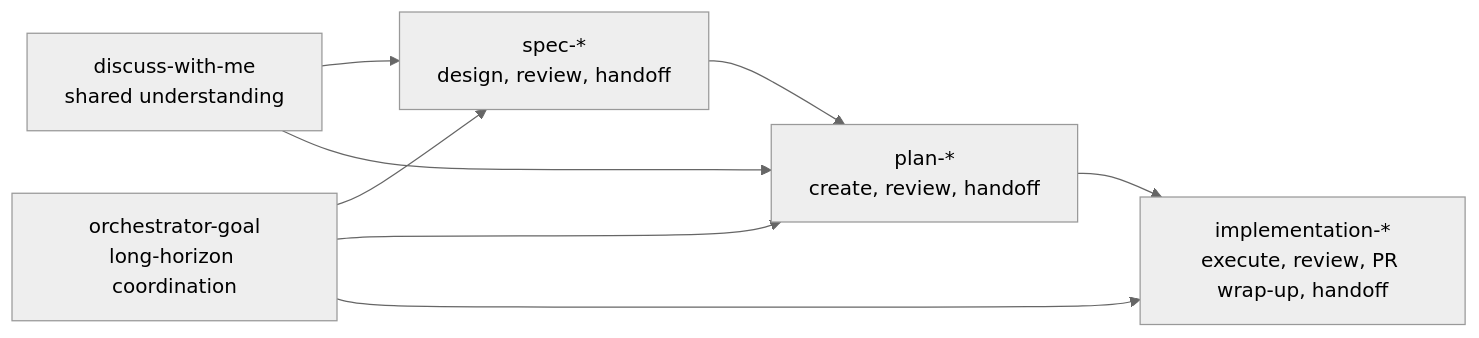
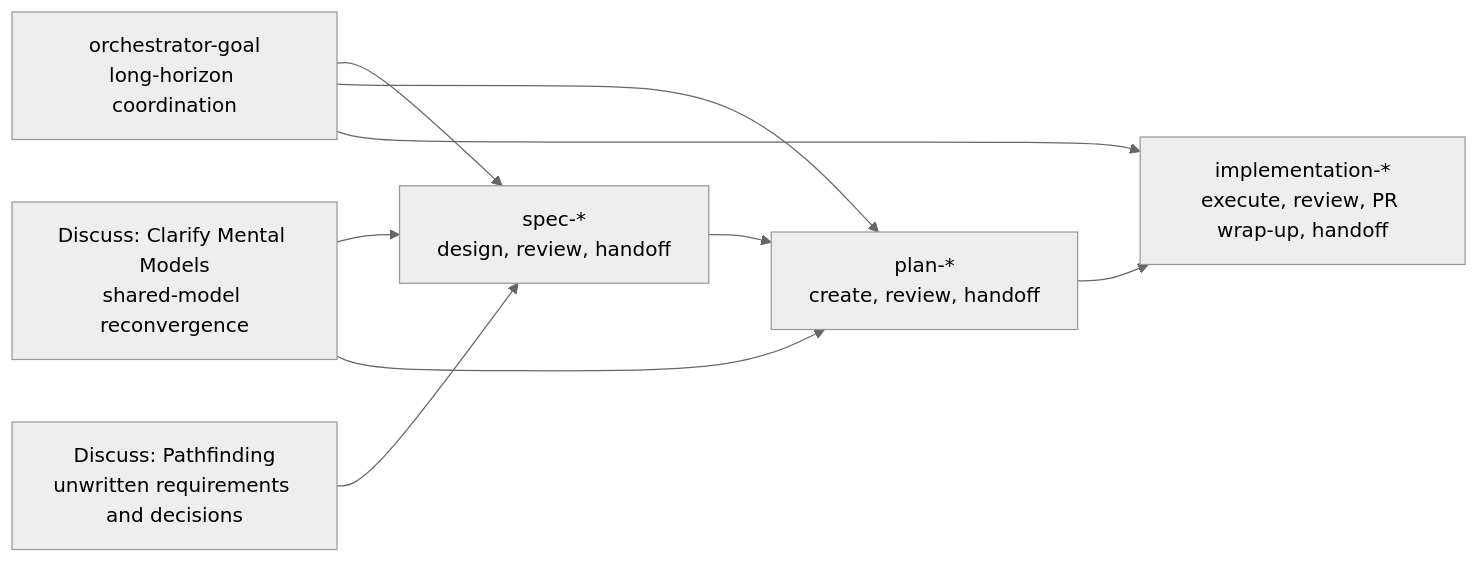
Before and after one commit to ShravanSunder/ai-tools: the diagram in README.md, drawn with Mermaid (neutral theme). The commit also changed other lines of this file and 38 other files, not shown here.

````diff
--- a/README.md
+++ b/README.md
@@ -32,17 +42,19 @@
 ```mermaid
 flowchart LR
-    discuss["discuss-with-me<br/>shared understanding"]
+    pathfinding["Discuss: Pathfinding<br/>unwritten requirements and decisions"]
+    clarify["Discuss: Clarify Mental Models<br/>shared-model reconvergence"]
     goal["orchestrator-goal<br/>long-horizon coordination"]
 
     spec["spec-*<br/>design, review, handoff"]
     plan["plan-*<br/>create, review, handoff"]
     impl["implementation-*<br/>execute, review, PR wrap-up, handoff"]
 
-    discuss --> spec
-    discuss --> plan
+    pathfinding --> spec
+    clarify --> spec
+    clarify --> plan
     goal --> spec
     goal --> plan
     goal --> impl
     spec --> plan
     plan --> impl
 ```
````
